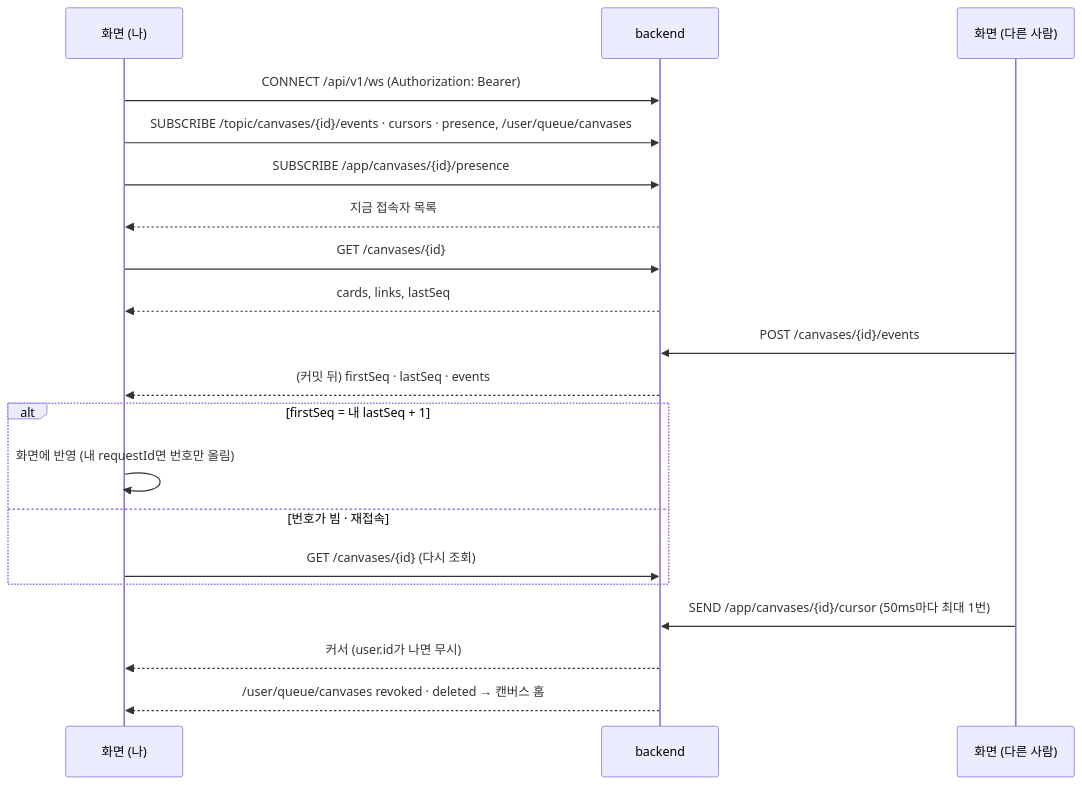
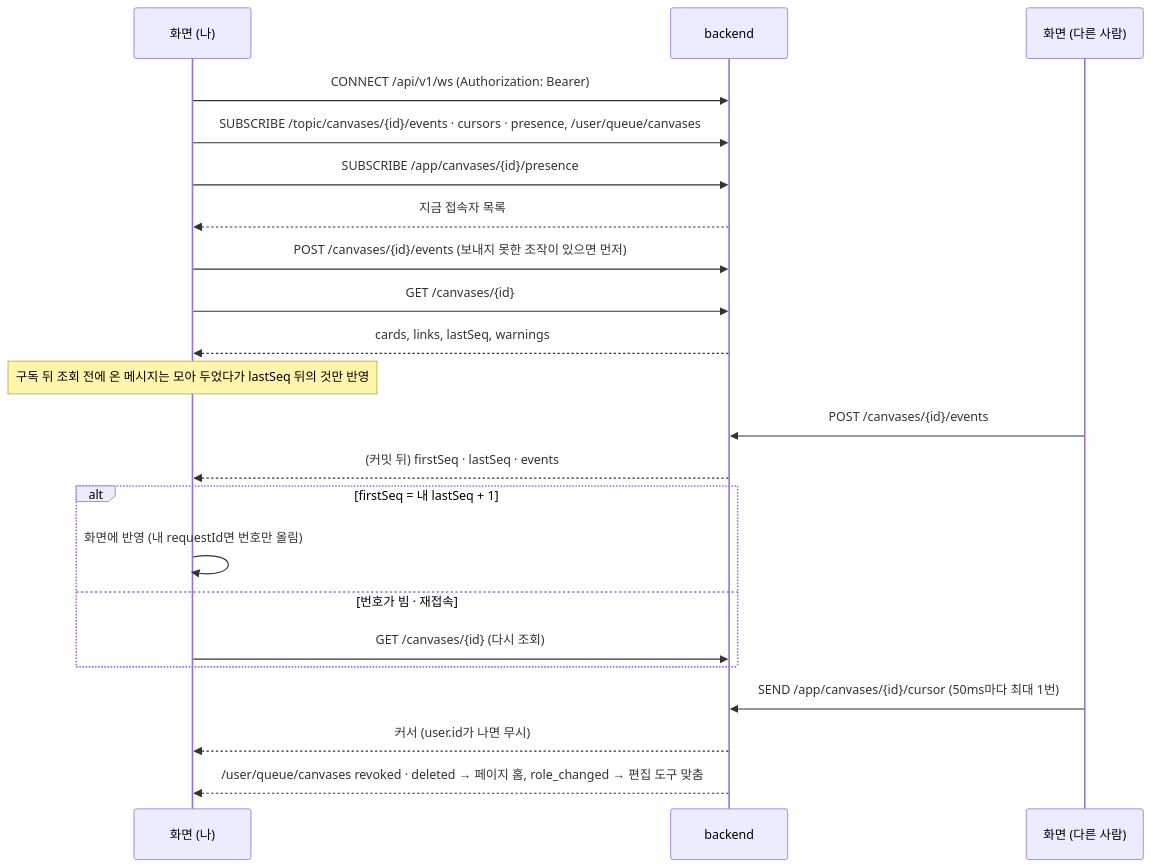
Before and after one commit to vamos-team/telescope: the fifth of 8 diagrams in docs/frontend/api-diagram.md, drawn with Mermaid. The commit also changed other lines of this file and 3 other files, not shown here.

````diff
--- a/docs/frontend/api-diagram.md
+++ b/docs/frontend/api-diagram.md
@@ -132,23 +134,25 @@
 ```mermaid
 sequenceDiagram
   participant A as 화면 (나)
   participant B as backend
   participant C as 화면 (다른 사람)
 
   A->>B: CONNECT /api/v1/ws (Authorization: Bearer)
   A->>B: SUBSCRIBE /topic/canvases/{id}/events · cursors · presence, /user/queue/canvases
   A->>B: SUBSCRIBE /app/canvases/{id}/presence
   B-->>A: 지금 접속자 목록
+  A->>B: POST /canvases/{id}/events (보내지 못한 조작이 있으면 먼저)
   A->>B: GET /canvases/{id}
-  B-->>A: cards, links, lastSeq
+  B-->>A: cards, links, lastSeq, warnings
+  Note over A: 구독 뒤 조회 전에 온 메시지는 모아 두었다가 lastSeq 뒤의 것만 반영
   C->>B: POST /canvases/{id}/events
   B-->>A: (커밋 뒤) firstSeq · lastSeq · events
   alt firstSeq = 내 lastSeq + 1
     A->>A: 화면에 반영 (내 requestId면 번호만 올림)
   else 번호가 빔 · 재접속
     A->>B: GET /canvases/{id} (다시 조회)
   end
   C->>B: SEND /app/canvases/{id}/cursor (50ms마다 최대 1번)
   B-->>A: 커서 (user.id가 나면 무시)
-  B-->>A: /user/queue/canvases revoked · deleted → 캔버스 홈
+  B-->>A: /user/queue/canvases revoked · deleted → 페이지 홈, role_changed → 편집 도구 맞춤
 ```
````
